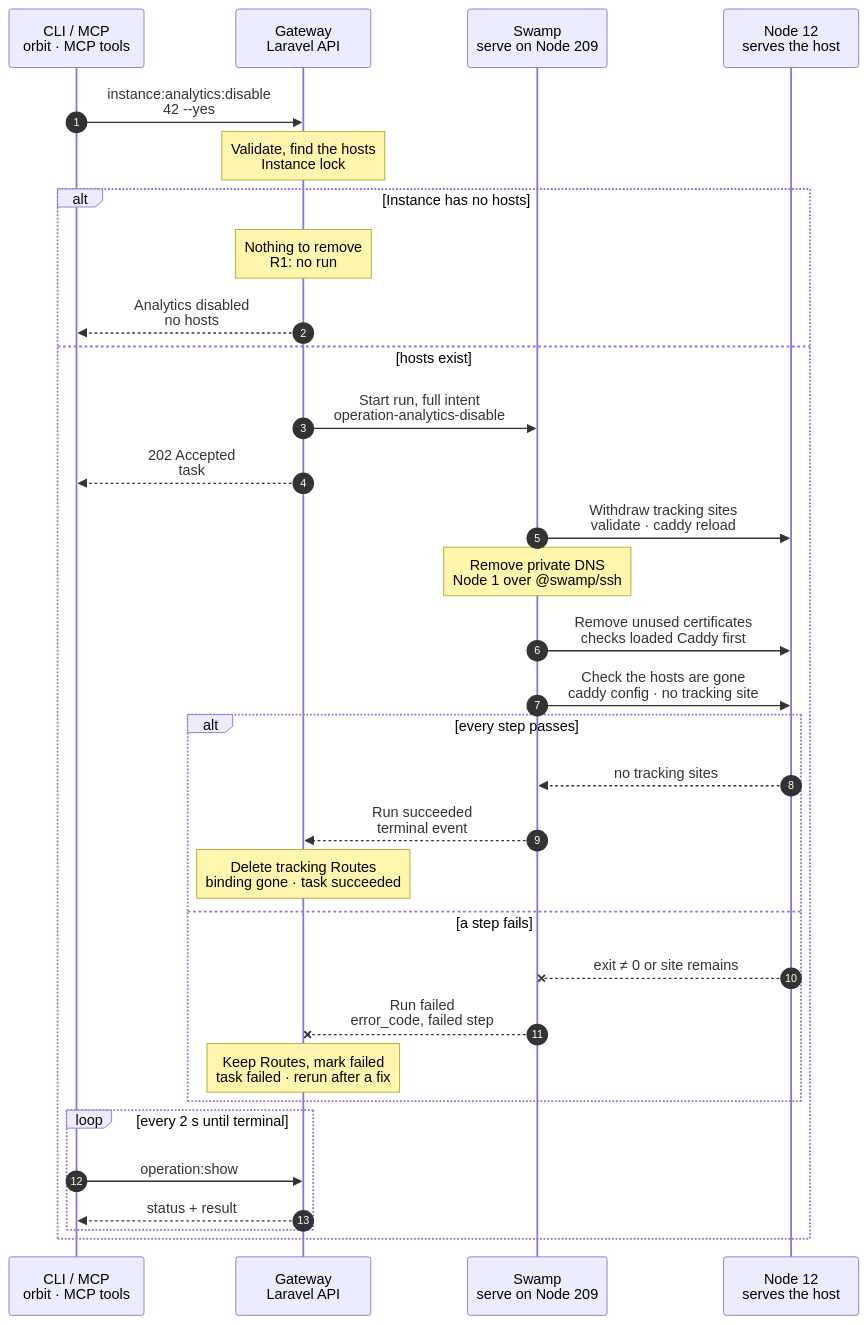
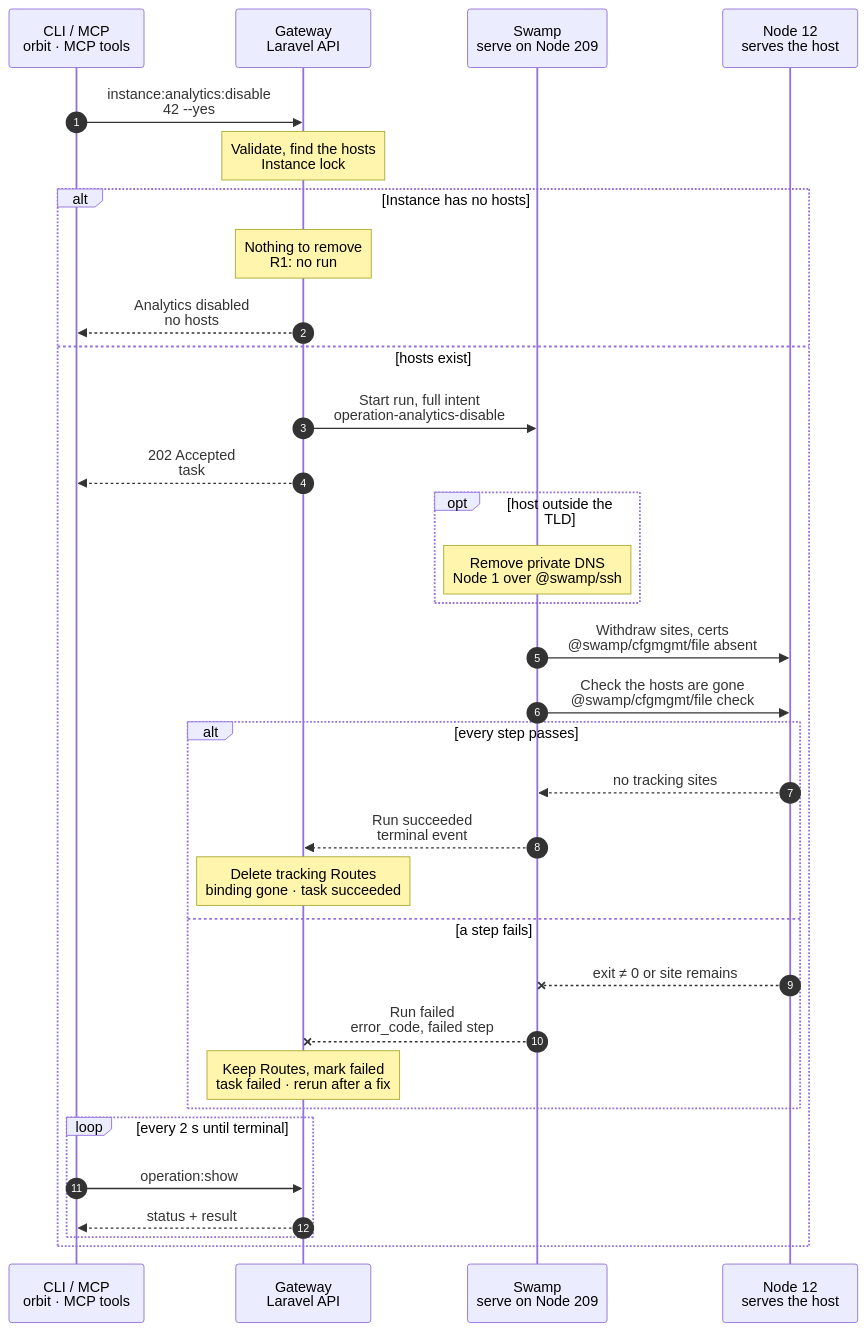
One commit to hardimpactdev/orbit changed the diagram in docs/cli/instance/analytics-disable.mmd. Above: the diagram before and after it, drawn with Mermaid.

Commit message:
docs(cli): tighten analytics.disable chart

```diff
--- a/docs/cli/instance/analytics-disable.mmd
+++ b/docs/cli/instance/analytics-disable.mmd
@@ -1,104 +1,109 @@
 sequenceDiagram
   %% Target design: ADR 0244 task, Recall analytics-plausible-via-swamp (disable keeps the Plausible site), DECISIONS, R1-R4. docs/reference/analytics.md.
+  %% Tightened: flow-tighten 2026-11-02, rules 3, 8, 17, 22 (DNS first and only outside the TLD; sites and certificates withdrawn in one step, as route:destroy does).
   %% status: draft
   %% command: instance:analytics:disable
   %% kind: analytics.disable
   autonumber
   %% lane CLI icon=terminal pill=caller tone=gray
   %% lane GW icon=gateway pill=intent tone=blue
   %% lane SW icon=workflow pill=executes tone=green
   %% lane N icon=server pill=target tone=amber
   participant CLI as CLI / MCP<br/>orbit · MCP tools
   participant GW as Gateway<br/>Laravel API
   participant SW as Swamp<br/>serve on Node 209
   participant N as Node 12<br/>serves the host
   CLI->>GW: instance:analytics:disable<br/>42 --yes
   %%> Command:
   %%> - `orbit instance:analytics:disable 42 --yes`
   %%> - syntax: `<instance> [--yes] [--json]`
   %%> Confirmation:
   %%> - without `--yes`, the CLI asks first; the default is No
   %%> - without a terminal, or with `--json`, `--yes` is required (`input.confirmation_required`)
   %%> What it does:
   %%> - removes every tracking host of Instance 42; Plausible keeps the site and its history
   Note over GW: Validate, find the hosts<br/>Instance lock
   %%> Requirements:
   %%> - your Node has an access grant to Node 12
   %%> - no other analytics or Route change runs for Instance 42; the Gateway holds one lock
   %%> Decides:
   %%> - whether any tracking host exists
   alt Instance has no hosts
     Note over GW: Nothing to remove<br/>R1: no run
     %%> Result:
     %%> - nothing changes; no Swamp run starts (R1)
     GW-->>CLI: Analytics disabled<br/>no hosts
     %%> What you get:
     %%> - the final result at once; there is nothing to follow
   else hosts exist
     GW->>SW: Start run, full intent<br/>operation-analytics-disable
     %%> What it does:
     %%> - records task #5127 and starts one Swamp run on serve (Node 209)
     %%> Inputs:
     %%> - the tracking sites and certificates to remove, and their DNS records
     %%> - Node 12's address and SSH host keys; the SSH identity comes from the `swamp` role
     %%> Not included:
     %%> - Plausible credentials; disable does not call Plausible
     GW-->>CLI: 202 Accepted<br/>task #5127
     %%> What you get:
     %%> - the task number, at once
     %%> Next:
     %%> - the CLI follows the task with `operation:show`
-    SW->>N: Withdraw tracking sites<br/>validate · caddy reload
+    opt host outside the TLD
+      Note over SW: Remove private DNS<br/>Node 1 over @swamp/ssh
+      %%> When:
+      %%> - only for a tracking host outside the Cluster or Node TLD; private DNS answers the whole TLD
+      %%> What it does:
+      %%> - removes the hosts' private DNS records and waits the 31-second grace
+      %%> How:
+      %%> - over SSH from 209 to the VPN Node (Node 1), with the `swamp` role's key
+      %%> Why first:
+      %%> - unpublish before removing: the name stops resolving before its site leaves
+    end
+    SW->>N: Withdraw sites, certs<br/>@swamp/cfgmgmt/file absent
     %%> How:
-    %%> - over SSH from 209 with `@swamp/ssh`
+    %%> - over SSH from 209 with `@swamp/ssh` and `@swamp/cfgmgmt/file`; `caddy validate` as one `@swamp/ssh exec`, then a reload
     %%> What it does:
     %%> - removes only the tracking sections; other sites stay; validates, then reloads Caddy without a restart
-    Note over SW: Remove private DNS<br/>Node 1 over @swamp/ssh
-    %%> What it does:
-    %%> - removes the hosts' private DNS records and waits the 31-second grace
-    %%> How:
-    %%> - over SSH from 209 to the VPN Node (Node 1), with the `swamp` role's key
-    SW->>N: Remove unused certificates<br/>checks loaded Caddy first
-    %%> When:
-    %%> - only on a Router; tracking hosts on a Node-scoped Route have no Orbit certificate
-    %%> What it does:
-    %%> - deletes a tracking certificate only when the loaded Caddy config no longer uses it
-    SW->>N: Check the hosts are gone<br/>caddy config · no tracking site
+    %%> - on a Router, then removes the tracking certificates in the same step; tracking hosts on a Node-scoped Route have no Orbit certificate
+    %%> Why one step:
+    %%> - the mirror of `instance:analytics:enable`, and of `route:destroy`; the site goes before its certificate, so no read of the loaded config runs first
+    SW->>N: Check the hosts are gone<br/>@swamp/cfgmgmt/file check
     %%> What it does:
     %%> - reads the loaded Caddy config and checks no tracking site remains
     alt every step passes
       N-->>SW: no tracking sites
       %%> Returns:
       %%> - the check passed
       SW-->>GW: Run succeeded<br/>terminal event
       %%> How the Gateway learns it:
       %%> - its shared run reader sees the terminal event; Swamp never calls the Gateway
       Note over GW: Delete tracking Routes<br/>binding gone · task succeeded
       %%> Result:
       %%> - the tracking Routes and the site binding are deleted
       %%> - the Plausible site, its history and its goals stay
       %%> - task #5127 succeeds
     else a step fails
       N--xSW: exit ≠ 0 or site remains
       %%> When:
       %%> - Caddy refuses the config, SSH fails, or a tracking site is still loaded
       SW--xGW: Run failed<br/>error_code, failed step
       %%> The Gateway reads:
       %%> - which step failed and its error code
       Note over GW: Keep Routes, mark failed<br/>task failed · rerun after a fix
       %%> Result:
       %%> - the tracking Routes and the site binding stay, marked failed; task #5127 fails
       %%> On the Node:
       %%> - sections already withdrawn stay withdrawn; there is no rollback
       %%> Retry:
       %%> - run the same command again; it skips what is already gone
     end
     loop every 2 s until terminal
       CLI->>GW: operation:show #5127
       %%> What it does:
       %%> - asks for the task's status every 2 seconds until it has ended
       GW-->>CLI: status + result
       %%> Returns:
       %%> - the current status, and the result once the task has ended
     end
   end
```
